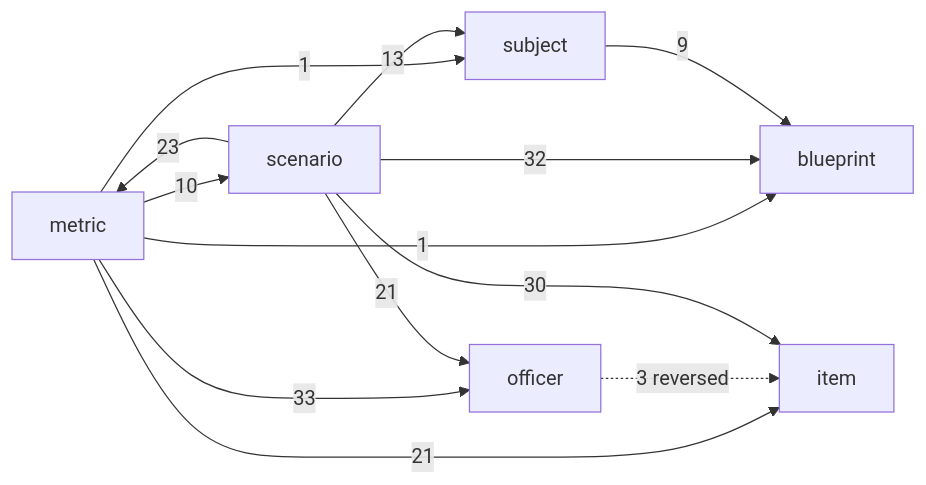
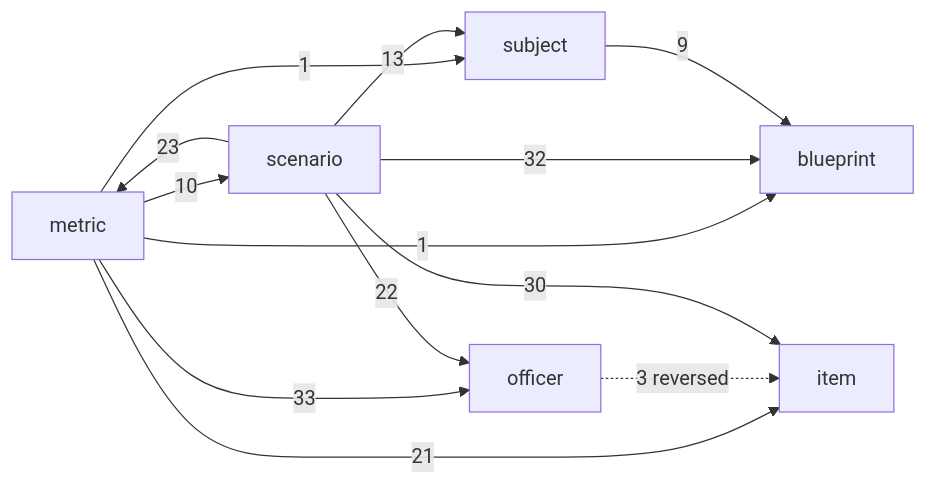
One commit to geraldmaron/tactically-idle changed the diagram in docs/architecture.md. Above: the diagram before and after it, drawn with Mermaid. The commit also changed other lines of this file and 15 other files, not shown here.

````diff
--- a/docs/architecture.md
+++ b/docs/architecture.md
@@ -40,15 +40,15 @@
 ```mermaid
 flowchart LR
   metric -->|1| blueprint
   metric -->|21| item
   metric -->|33| officer
   metric -->|10| scenario
   metric -->|1| subject
   officer -.->|3 reversed| item
   scenario -->|32| blueprint
   scenario -->|30| item
   scenario -->|23| metric
-  scenario -->|21| officer
+  scenario -->|22| officer
   scenario -->|13| subject
   subject -->|9| blueprint
 ```
````
